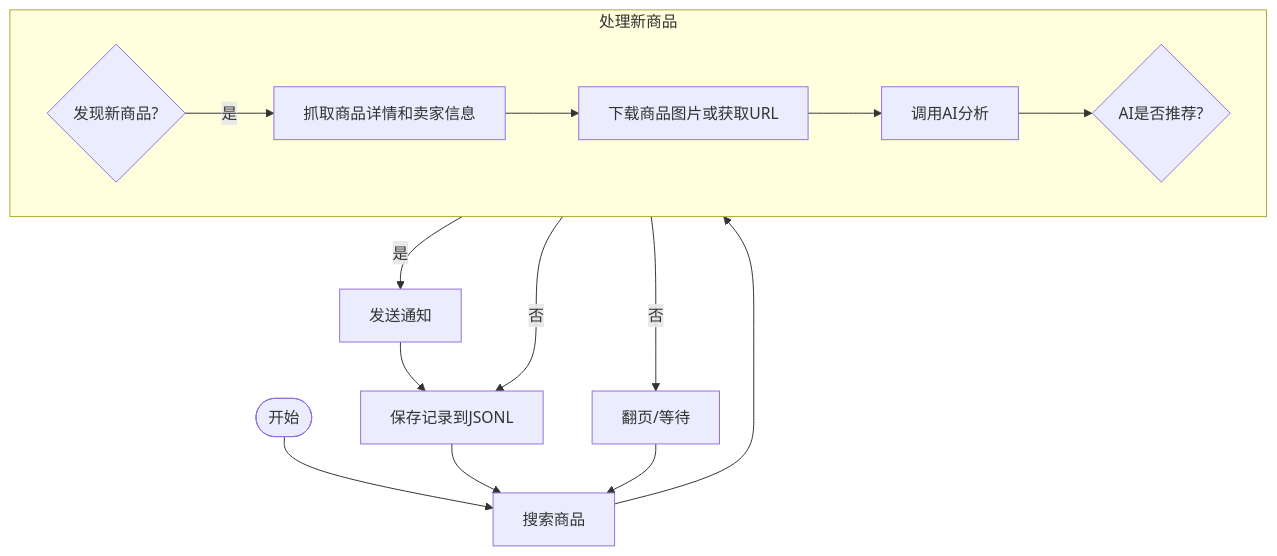
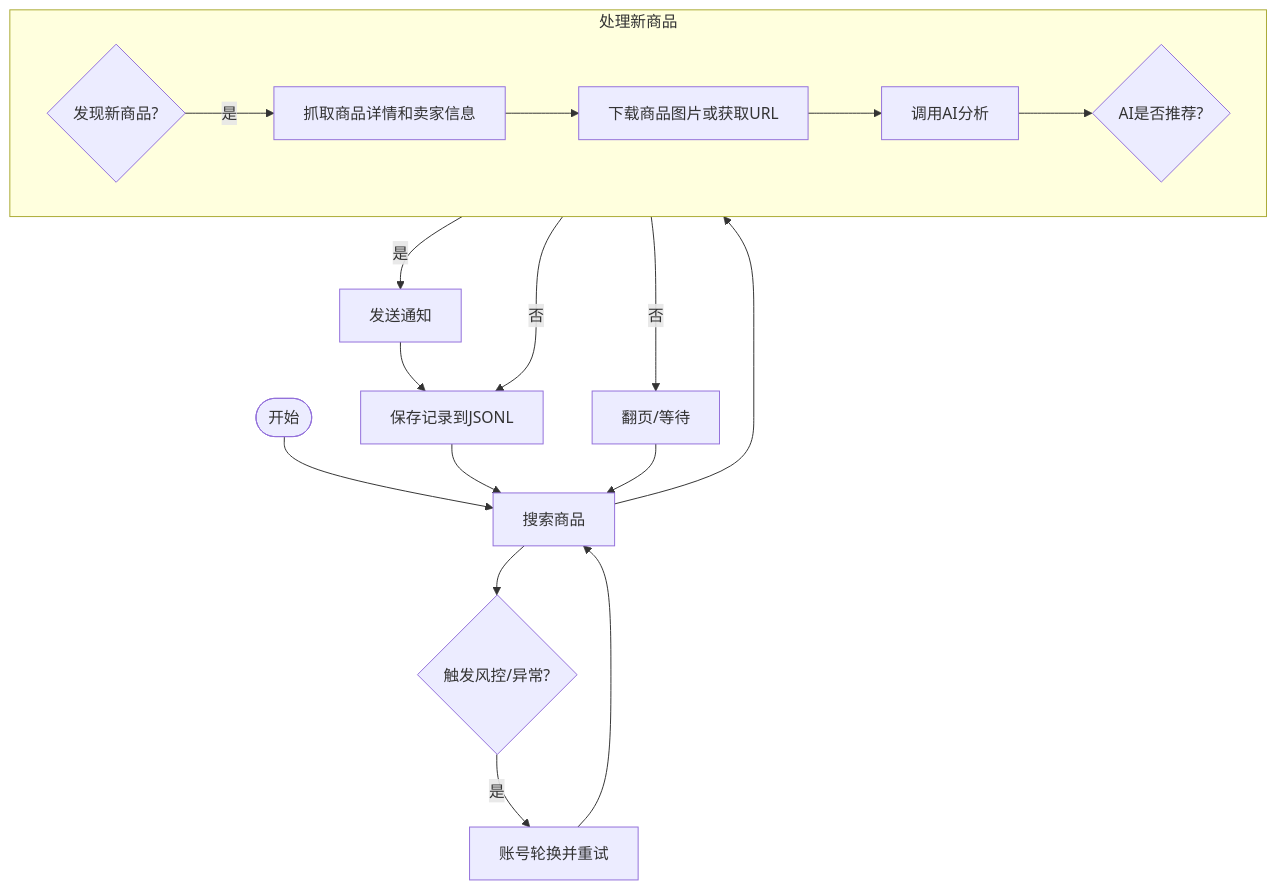
One commit to banbanzhige/ai-goofish-monitor-QB changed the first of 2 diagrams in README.md. Above: the diagram before and after it, drawn with Mermaid. The commit also changed other lines of this file, not shown here.

````diff
--- a/README.md
+++ b/README.md
@@ -215,27 +242,31 @@
 ```mermaid
 graph TD
     %% 1. 定义节点和形状，提高可读性
     A([开始]) --> B["搜索商品"]
     B --> C{"发现新商品?"}
 
     %% 2. 调整流程分支，避免线条交叉
     subgraph "处理新商品"
         direction LR
         C -- 是 --> D["抓取商品详情和卖家信息"]
         D --> E["下载商品图片或获取URL"]
         E --> F["调用AI分析"]
         F --> G{"AI是否推荐?"}
     end
 
     %% 3. 处理决策结果
     G -- 是 --> H["发送通知"]
     H --> I["保存记录到JSONL"]
     G -- 否 --> I
 
     %% 4. 处理“否”的分支和循环
     C -- 否 --> J["翻页/等待"]
     
     %% 5. 所有流程最终都汇总到这里，再开始下一轮循环
     I --> B
     J --> B
+    %% 6.风控逻辑
+    B --> L{触发风控/异常?};
+    L -- 是 --> M[账号轮换并重试];
+    M --> B;
 ```
````
